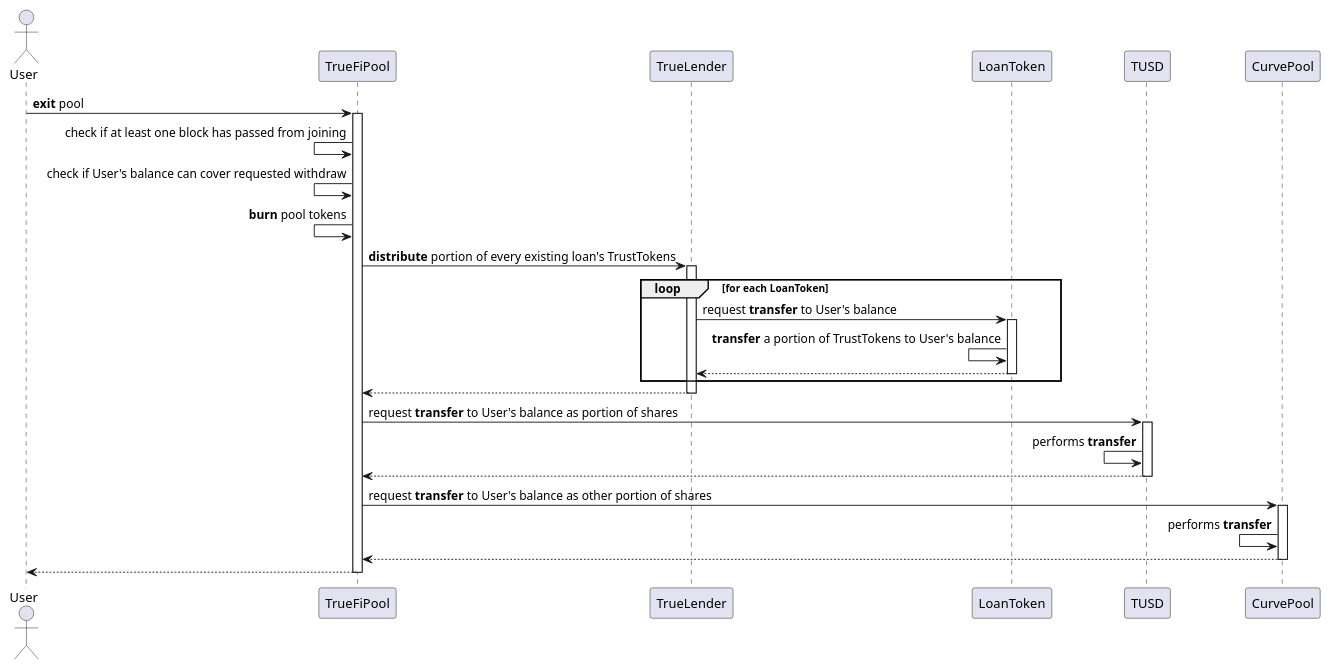
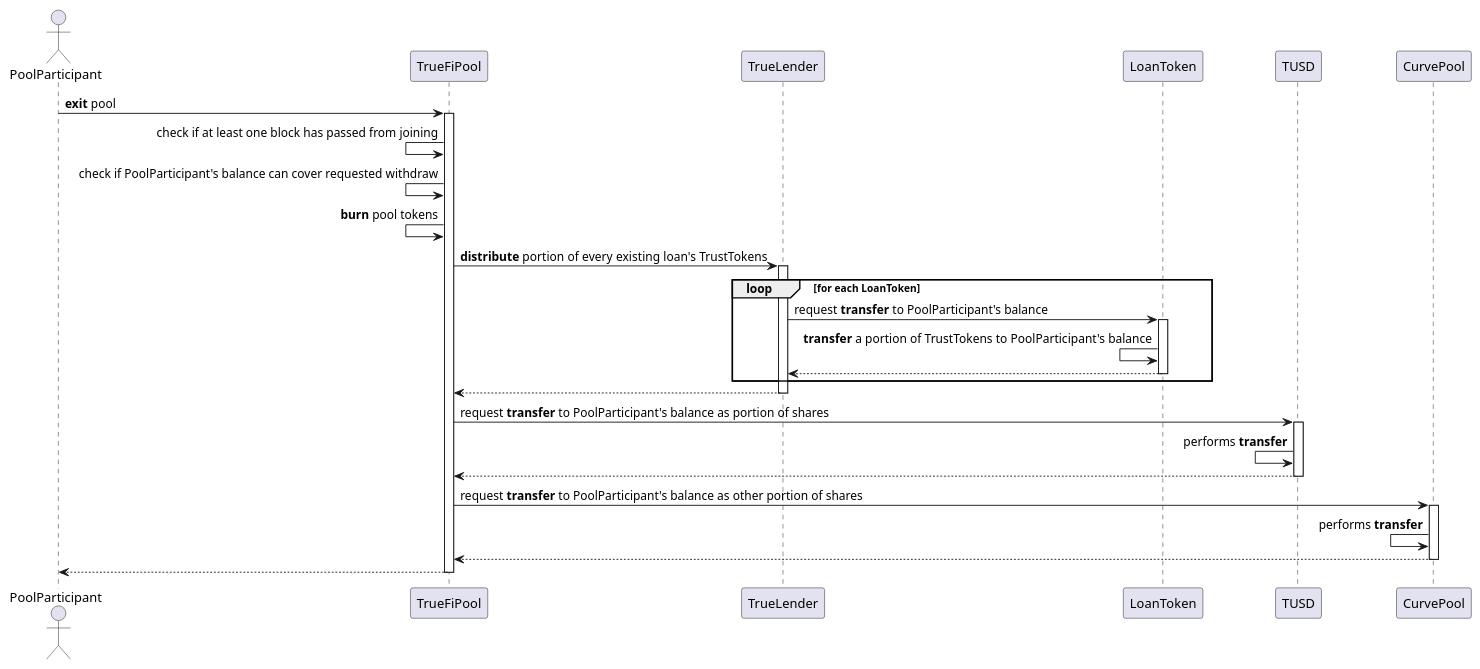
One commit to yuchennil/smart-contracts changed the diagram in contracts/truefi/docs/UsersInteractions/poolExit_sequence.puml. Above: the diagram before and after it, drawn with PlantUML. The commit also changed 6 other files, not shown here.

Commit message:
Add general flow diagram

```diff
--- a/contracts/truefi/docs/UsersInteractions/poolExit_sequence.puml
+++ b/contracts/truefi/docs/UsersInteractions/poolExit_sequence.puml
@@ -1,42 +1,42 @@
 @startuml exitingPool
-actor User
+actor PoolParticipant
 
-User -> TrueFiPool : **exit** pool
+PoolParticipant -> TrueFiPool : **exit** pool
 activate TrueFiPool
 
 TrueFiPool <- TrueFiPool: check if at least one block has passed from joining
-TrueFiPool <- TrueFiPool: check if User's balance can cover requested withdraw
+TrueFiPool <- TrueFiPool: check if PoolParticipant's balance can cover requested withdraw
 TrueFiPool <- TrueFiPool: **burn** pool tokens
 
 TrueFiPool -> TrueLender: **distribute** portion of every existing loan's TrustTokens
 activate TrueLender
 
 loop for each LoanToken
 
-    TrueLender -> LoanToken: request **transfer** to User's balance 
+    TrueLender -> LoanToken: request **transfer** to PoolParticipant's balance 
     activate LoanToken
-    LoanToken <- LoanToken: **transfer** a portion of TrustTokens to User's balance
+    LoanToken <- LoanToken: **transfer** a portion of TrustTokens to PoolParticipant's balance
     TrueLender <-- LoanToken
     deactivate LoanToken
     end
 
 TrueFiPool <-- TrueLender
 deactivate TrueLender
 
-TrueFiPool -> TUSD: request **transfer** to User's balance as portion of shares
+TrueFiPool -> TUSD: request **transfer** to PoolParticipant's balance as portion of shares
 
 activate TUSD
 TUSD <- TUSD: performs **transfer**
 TrueFiPool <-- TUSD
 deactivate TUSD
 
-TrueFiPool -> CurvePool: request **transfer** to User's balance as other portion of shares
+TrueFiPool -> CurvePool: request **transfer** to PoolParticipant's balance as other portion of shares
 
 activate CurvePool
 CurvePool <- CurvePool: performs **transfer**
 TrueFiPool <-- CurvePool
 deactivate CurvePool
 
-User <-- TrueFiPool
+PoolParticipant <-- TrueFiPool
 deactivate TrueFiPool
 @enduml
```
